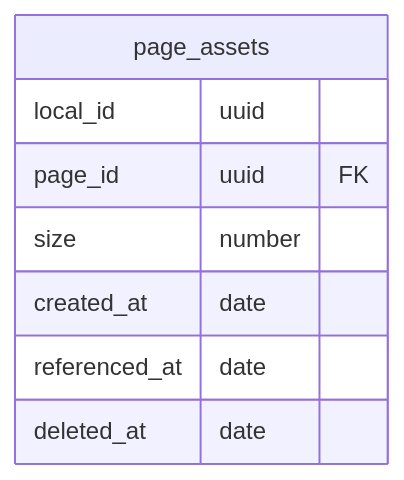
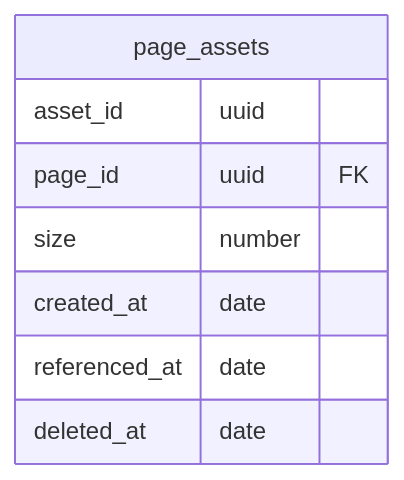
One commit to graasp/graasp changed the third of 5 diagrams in src/services/item/plugins/page/README.md. Above: the diagram before and after it, drawn with Mermaid. The commit also changed other lines of this file, not shown here.

Commit message:
refactor: improve page asset doc

````diff
--- a/src/services/item/plugins/page/README.md
+++ b/src/services/item/plugins/page/README.md
@@ -58,11 +62,11 @@
 ```mermaid
 erDiagram
     page_assets {
-        local_id uuid
+        asset_id uuid
         page_id uuid FK
         size number
         created_at date
         referenced_at date
         deleted_at date
     }
 ```
````
